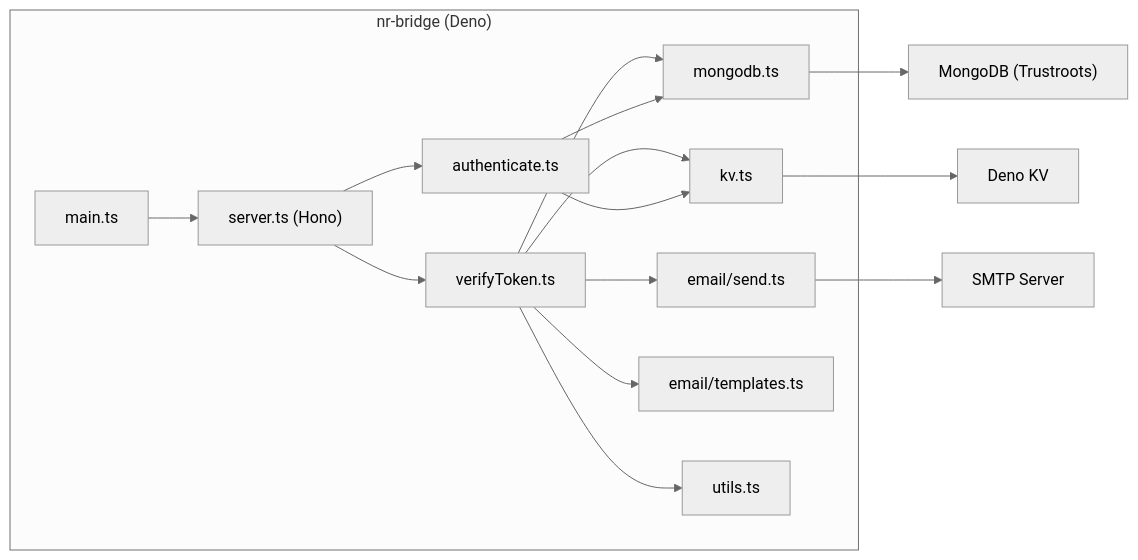
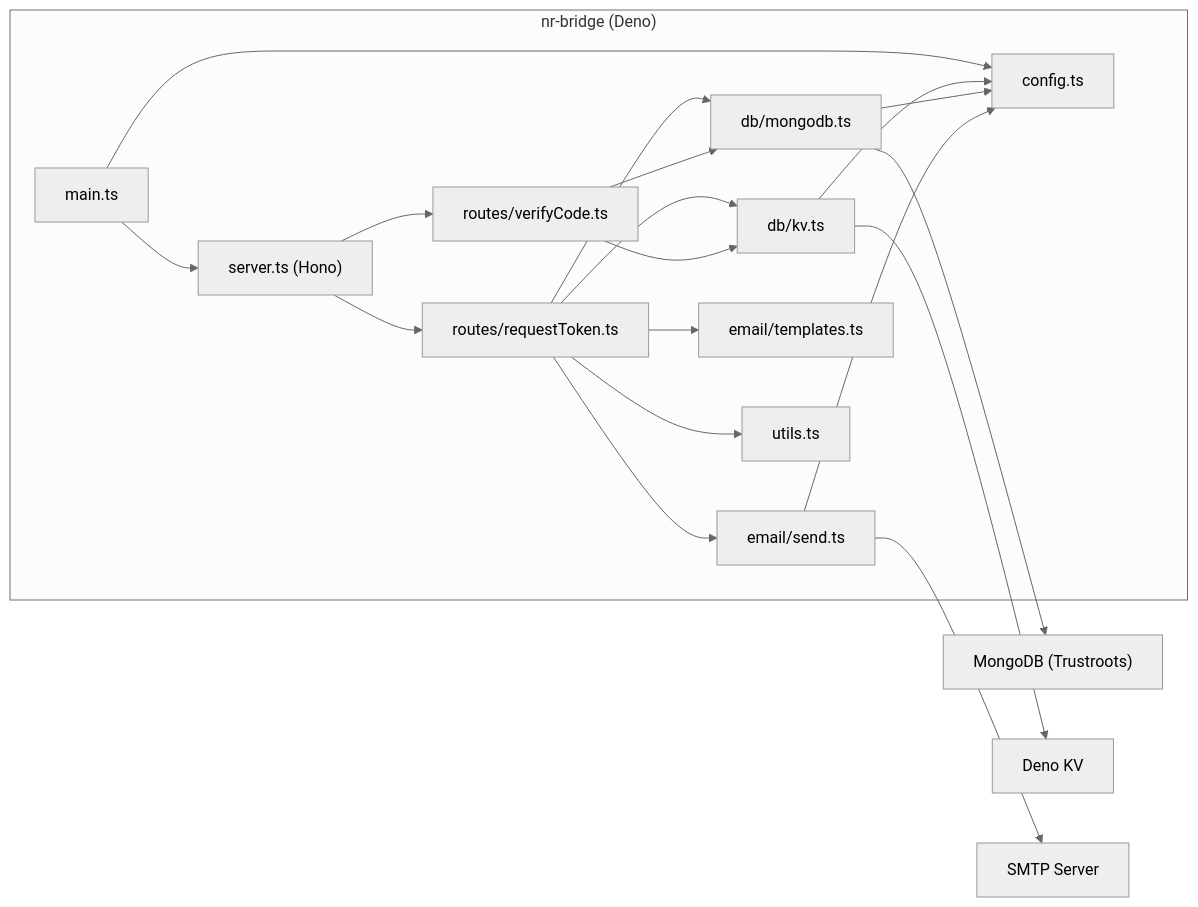
One commit to Trustroots/nostroots changed the third of 3 diagrams in nr-bridge/README.md. Above: the diagram before and after it, drawn with Mermaid (neutral theme). The commit also changed other lines of this file and 24 other files, not shown here.

````diff
--- a/nr-bridge/README.md
+++ b/nr-bridge/README.md
@@ -261,29 +240,34 @@
 ```mermaid
 graph LR
     subgraph nrBridge["nr-bridge (Deno)"]
         main["main.ts"]
         server["server.ts (Hono)"]
-        vt["verifyToken.ts"]
-        auth["authenticate.ts"]
-        mongoMod["mongodb.ts"]
-        kvMod["kv.ts"]
+        rt["routes/requestToken.ts"]
+        vc["routes/verifyCode.ts"]
+        mongoMod["db/mongodb.ts"]
+        kvMod["db/kv.ts"]
         emailMod["email/send.ts"]
         tmpl["email/templates.ts"]
         utils["utils.ts"]
+        cfg["config.ts"]
 
         main --> server
-        server --> vt
-        server --> auth
-        vt --> mongoMod
-        vt --> kvMod
-        vt --> emailMod
-        vt --> tmpl
-        vt --> utils
-        auth --> mongoMod
-        auth --> kvMod
+        main --> cfg
+        server --> rt
+        server --> vc
+        rt --> mongoMod
+        rt --> kvMod
+        rt --> emailMod
+        rt --> tmpl
+        rt --> utils
+        vc --> mongoMod
+        vc --> kvMod
+        kvMod --> cfg
+        mongoMod --> cfg
+        emailMod --> cfg
     end
 
     mongoMod --> MongoDB["MongoDB (Trustroots)"]
     kvMod --> DenoKV["Deno KV"]
     emailMod --> SMTP["SMTP Server"]
 ```
````
